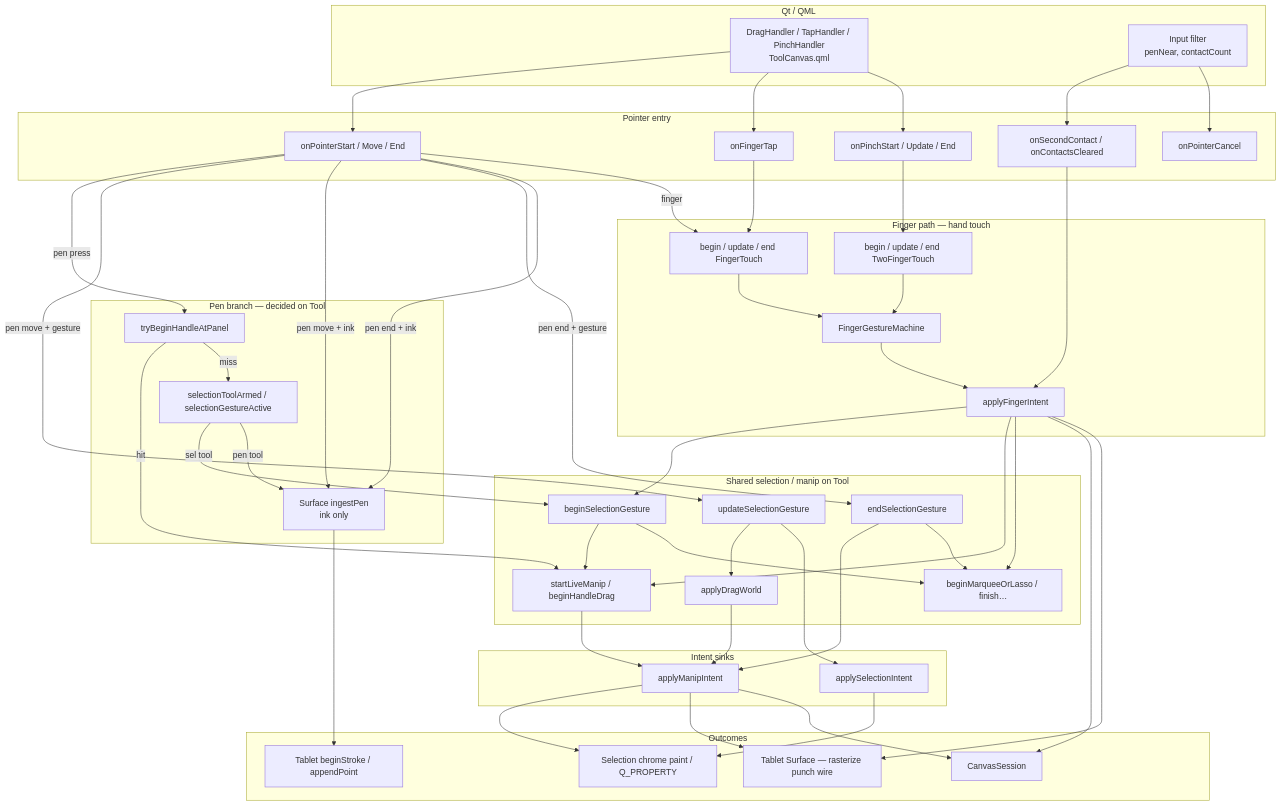
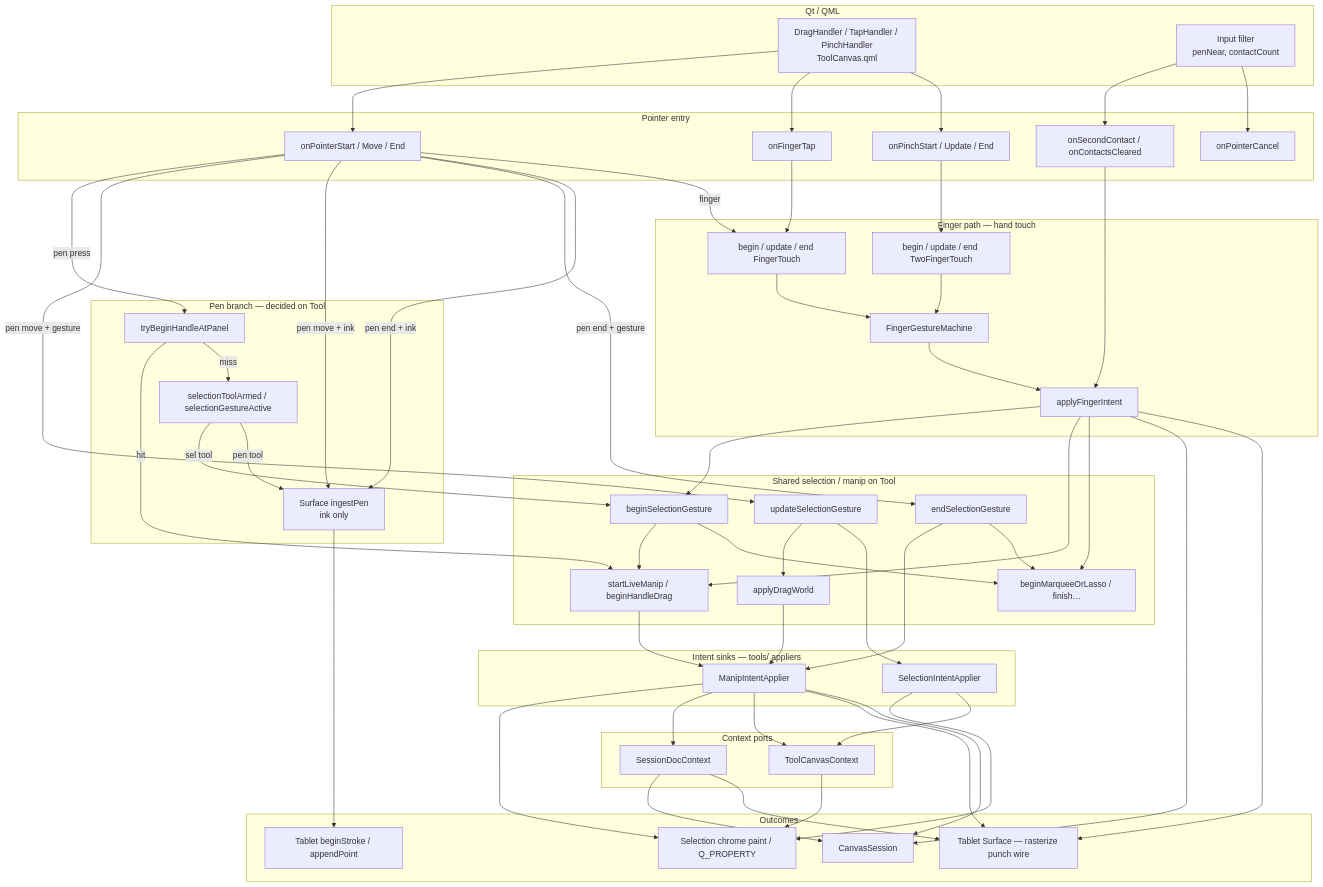
One commit to hoaidv/reawa changed the diagram in epaper/drawing/toolcanvasitem.md. Above: the diagram before and after it, drawn with Mermaid. The commit also changed other lines of this file and 14 other files, not shown here.

````diff
--- a/epaper/drawing/toolcanvasitem.md
+++ b/epaper/drawing/toolcanvasitem.md
@@ -52,9 +53,14 @@
     BML[beginMarqueeOrLasso / finish…]
   end
 
-  subgraph sinks [Intent sinks]
-    ASI[applySelectionIntent]
-    AMI[applyManipIntent]
+  subgraph sinks [Intent sinks — tools/ appliers]
+    ASI[SelectionIntentApplier]
+    AMI[ManipIntentApplier]
+  end
+
+  subgraph ctx [Context ports]
+    DOC[SessionDocContext]
+    TUI[ToolCanvasContext]
   end
 
   subgraph out [Outcomes]
@@ -103,7 +109,13 @@
   SLM --> AMI
   ADW --> AMI
   ASI --> CHROME
+  ASI --> TUI
   AMI --> CHROME
+  AMI --> DOC
+  AMI --> TUI
   AMI --> SURF
   AMI --> SESS
+  DOC --> SESS
+  DOC --> SURF
+  TUI --> CHROME
 ```
````
